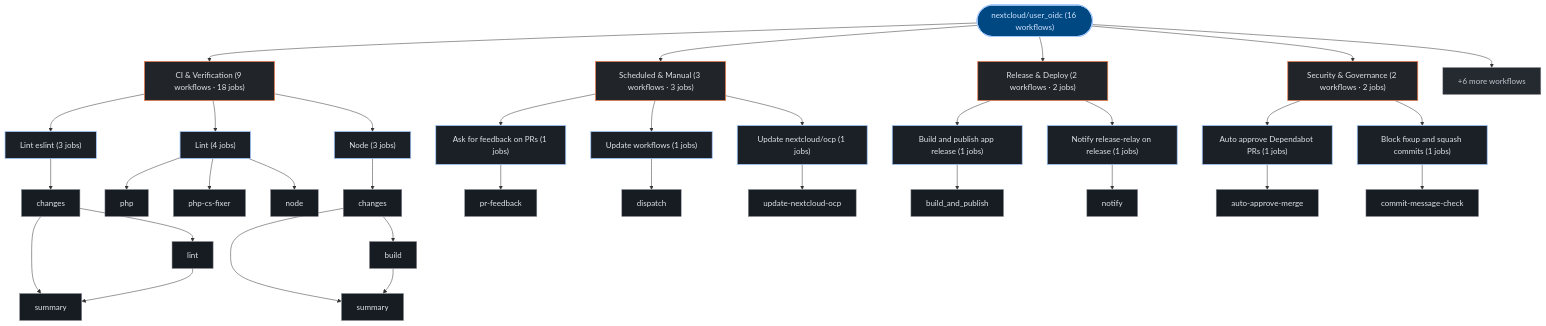
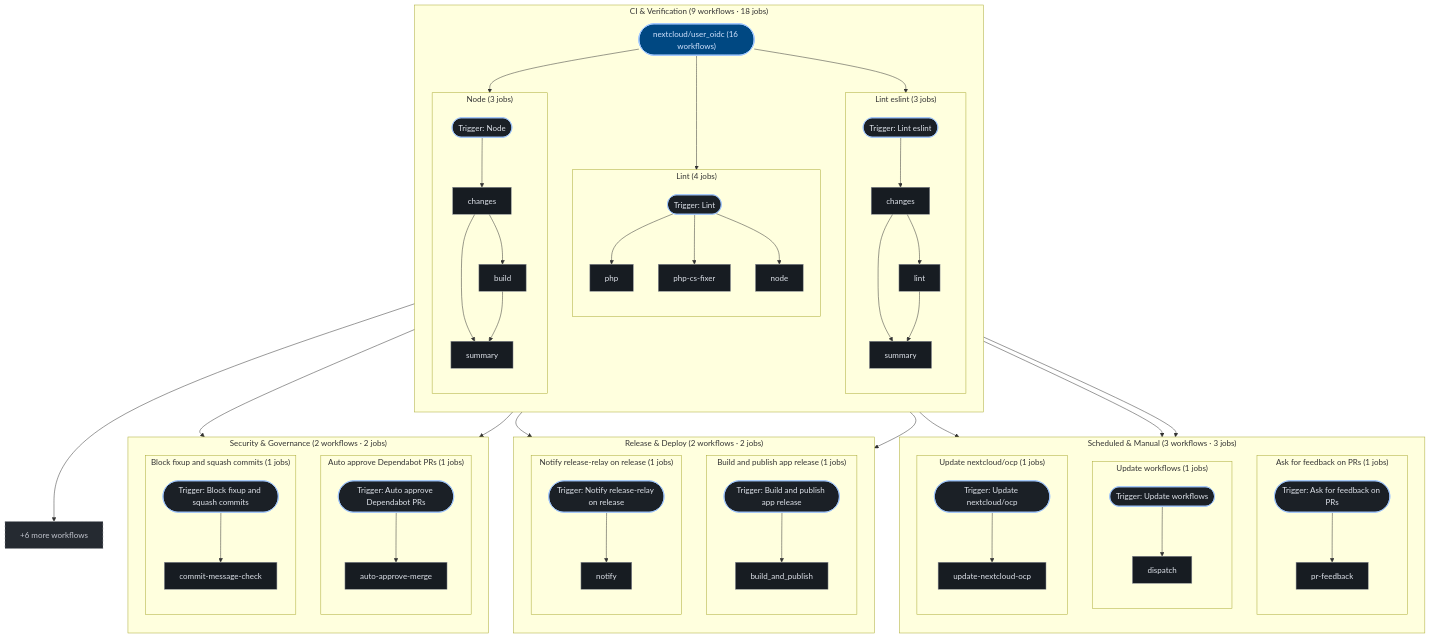
Before and after one commit to kumarshaz/atruss-code-atlas: the third of 3 diagrams in exports/latest/reports/nextcloud-user_oidc-report.md, drawn with Mermaid. The commit also changed 181 other files, not shown here.

````diff
--- a/exports/latest/reports/nextcloud-user_oidc-report.md
+++ b/exports/latest/reports/nextcloud-user_oidc-report.md
@@ -247,68 +247,102 @@
   classDef atlasAlert fill:#93000a,stroke:#ffb4ab,stroke-width:1.5px,color:#ffdad6
   classDef atlasMore fill:#252a31,stroke:#8d9199,stroke-dasharray:4 4,color:#c3c6cf
   pipeline_root(["nextcloud/user_oidc (16 workflows)"]):::atlasRoot
-  grp_0_CI___Verification["CI & Verification (9 workflows · 18 jobs)"]:::atlasCategory
-  pipeline_root --> grp_0_CI___Verification
-  wf_4_Lint_eslint["Lint eslint (3 jobs)"]:::atlasWorkflow
-  grp_0_CI___Verification --> wf_4_Lint_eslint
-  job_4_changes["changes"]:::atlasJob
-  job_4_lint["lint"]:::atlasJob
-  job_4_summary["summary"]:::atlasJob
-  wf_4_Lint_eslint --> job_4_changes
-  job_4_changes --> job_4_lint
-  job_4_changes --> job_4_summary
-  job_4_lint --> job_4_summary
-  wf_5_Lint["Lint (4 jobs)"]:::atlasWorkflow
-  grp_0_CI___Verification --> wf_5_Lint
-  job_5_php["php"]:::atlasJob
-  job_5_php_cs_fixer["php-cs-fixer"]:::atlasJob
-  job_5_node["node"]:::atlasJob
-  wf_5_Lint --> job_5_php
-  wf_5_Lint --> job_5_php_cs_fixer
-  wf_5_Lint --> job_5_node
-  wf_6_Node["Node (3 jobs)"]:::atlasWorkflow
-  grp_0_CI___Verification --> wf_6_Node
-  job_6_changes["changes"]:::atlasJob
-  job_6_build["build"]:::atlasJob
-  job_6_summary["summary"]:::atlasJob
-  wf_6_Node --> job_6_changes
-  job_6_changes --> job_6_build
-  job_6_changes --> job_6_summary
-  job_6_build --> job_6_summary
-  grp_1_Scheduled___Manual["Scheduled & Manual (3 workflows · 3 jobs)"]:::atlasCategory
-  pipeline_root --> grp_1_Scheduled___Manual
-  wf_9_Ask_for_feedback_on_PRs["Ask for feedback on PRs (1 jobs)"]:::atlasWorkflow
-  grp_1_Scheduled___Manual --> wf_9_Ask_for_feedback_on_PRs
-  job_9_pr_feedback["pr-feedback"]:::atlasJob
-  wf_9_Ask_for_feedback_on_PRs --> job_9_pr_feedback
-  wf_13_Update_workflows["Update workflows (1 jobs)"]:::atlasWorkflow
-  grp_1_Scheduled___Manual --> wf_13_Update_workflows
-  job_13_dispatch["dispatch"]:::atlasJob
-  wf_13_Update_workflows --> job_13_dispatch
-  wf_15_Update_nextcloud_ocp["Update nextcloud/ocp (1 jobs)"]:::atlasWorkflow
-  grp_1_Scheduled___Manual --> wf_15_Update_nextcloud_ocp
-  job_15_update_nextcloud_ocp["update-nextcloud-ocp"]:::atlasJob
-  wf_15_Update_nextcloud_ocp --> job_15_update_nextcloud_ocp
-  grp_2_Release___Deploy["Release & Deploy (2 workflows · 2 jobs)"]:::atlasCategory
-  pipeline_root --> grp_2_Release___Deploy
-  wf_0_Build_and_publish_app_release["Build and publish app release (1 jobs)"]:::atlasWorkflow
-  grp_2_Release___Deploy --> wf_0_Build_and_publish_app_release
-  job_0_build_and_publish["build_and_publish"]:::atlasJob
-  wf_0_Build_and_publish_app_release --> job_0_build_and_publish
-  wf_11_Notify_release_relay_on_release["Notify release-relay on release (1 jobs)"]:::atlasWorkflow
-  grp_2_Release___Deploy --> wf_11_Notify_release_relay_on_release
-  job_11_notify["notify"]:::atlasJob
-  wf_11_Notify_release_relay_on_release --> job_11_notify
-  grp_3_Security___Governance["Security & Governance (2 workflows · 2 jobs)"]:::atlasCategory
-  pipeline_root --> grp_3_Security___Governance
-  wf_1_Auto_approve_Dependabot_PRs["Auto approve Dependabot PRs (1 jobs)"]:::atlasWorkflow
-  grp_3_Security___Governance --> wf_1_Auto_approve_Dependabot_PRs
-  job_1_auto_approve_merge["auto-approve-merge"]:::atlasJob
-  wf_1_Auto_approve_Dependabot_PRs --> job_1_auto_approve_merge
-  wf_2_Block_fixup_and_squash_commits["Block fixup and squash commits (1 jobs)"]:::atlasWorkflow
-  grp_3_Security___Governance --> wf_2_Block_fixup_and_squash_commits
-  job_2_commit_message_check["commit-message-check"]:::atlasJob
-  wf_2_Block_fixup_and_squash_commits --> job_2_commit_message_check
+  subgraph sg_grp_0_CI___Verification["CI & Verification (9 workflows · 18 jobs)"]
+    direction TB
+    subgraph sg_wf_4_Lint_eslint["Lint eslint (3 jobs)"]
+      direction TB
+      wf_4_Lint_eslint(["Trigger: Lint eslint"]):::atlasWorkflow
+      job_4_changes["changes"]:::atlasJob
+      job_4_lint["lint"]:::atlasJob
+      job_4_summary["summary"]:::atlasJob
+      wf_4_Lint_eslint --> job_4_changes
+      job_4_changes --> job_4_lint
+      job_4_changes --> job_4_summary
+      job_4_lint --> job_4_summary
+    end
+    pipeline_root --> wf_4_Lint_eslint
+    subgraph sg_wf_5_Lint["Lint (4 jobs)"]
+      direction TB
+      wf_5_Lint(["Trigger: Lint"]):::atlasWorkflow
+      job_5_php["php"]:::atlasJob
+      job_5_php_cs_fixer["php-cs-fixer"]:::atlasJob
+      job_5_node["node"]:::atlasJob
+      wf_5_Lint --> job_5_php
+      wf_5_Lint --> job_5_php_cs_fixer
+      wf_5_Lint --> job_5_node
+    end
+    pipeline_root --> wf_5_Lint
+    subgraph sg_wf_6_Node["Node (3 jobs)"]
+      direction TB
+      wf_6_Node(["Trigger: Node"]):::atlasWorkflow
+      job_6_changes["changes"]:::atlasJob
+      job_6_build["build"]:::atlasJob
+      job_6_summary["summary"]:::atlasJob
+      wf_6_Node --> job_6_changes
+      job_6_changes --> job_6_build
+      job_6_changes --> job_6_summary
+      job_6_build --> job_6_summary
+    end
+    pipeline_root --> wf_6_Node
+  end
+  subgraph sg_grp_1_Scheduled___Manual["Scheduled & Manual (3 workflows · 3 jobs)"]
+    direction TB
+    subgraph sg_wf_9_Ask_for_feedback_on_PRs["Ask for feedback on PRs (1 jobs)"]
+      direction TB
+      wf_9_Ask_for_feedback_on_PRs(["Trigger: Ask for feedback on PRs"]):::atlasWorkflow
+      job_9_pr_feedback["pr-feedback"]:::atlasJob
+      wf_9_Ask_for_feedback_on_PRs --> job_9_pr_feedback
+    end
+    pipeline_root --> wf_9_Ask_for_feedback_on_PRs
+    subgraph sg_wf_13_Update_workflows["Update workflows (1 jobs)"]
+      direction TB
+      wf_13_Update_workflows(["Trigger: Update workflows"]):::atlasWorkflow
+      job_13_dispatch["dispatch"]:::atlasJob
+      wf_13_Update_workflows --> job_13_dispatch
+    end
+    pipeline_root --> wf_13_Update_workflows
+    subgraph sg_wf_15_Update_nextcloud_ocp["Update nextcloud/ocp (1 jobs)"]
+      direction TB
+      wf_15_Update_nextcloud_ocp(["Trigger: Update nextcloud/ocp"]):::atlasWorkflow
+      job_15_update_nextcloud_ocp["update-nextcloud-ocp"]:::atlasJob
+      wf_15_Update_nextcloud_ocp --> job_15_update_nextcloud_ocp
+    end
+    pipeline_root --> wf_15_Update_nextcloud_ocp
+  end
+  subgraph sg_grp_2_Release___Deploy["Release & Deploy (2 workflows · 2 jobs)"]
+    direction TB
+    subgraph sg_wf_0_Build_and_publish_app_release["Build and publish app release (1 jobs)"]
+      direction TB
+      wf_0_Build_and_publish_app_release(["Trigger: Build and publish app release"]):::atlasWorkflow
+      job_0_build_and_publish["build_and_publish"]:::atlasJob
+      wf_0_Build_and_publish_app_release --> job_0_build_and_publish
+    end
+    pipeline_root --> wf_0_Build_and_publish_app_release
+    subgraph sg_wf_11_Notify_release_relay_on_release["Notify release-relay on release (1 jobs)"]
+      direction TB
+      wf_11_Notify_release_relay_on_release(["Trigger: Notify release-relay on release"]):::atlasWorkflow
+      job_11_notify["notify"]:::atlasJob
+      wf_11_Notify_release_relay_on_release --> job_11_notify
+    end
+    pipeline_root --> wf_11_Notify_release_relay_on_release
+  end
+  subgraph sg_grp_3_Security___Governance["Security & Governance (2 workflows · 2 jobs)"]
+    direction TB
+    subgraph sg_wf_1_Auto_approve_Dependabot_PRs["Auto approve Dependabot PRs (1 jobs)"]
+      direction TB
+      wf_1_Auto_approve_Dependabot_PRs(["Trigger: Auto approve Dependabot PRs"]):::atlasWorkflow
+      job_1_auto_approve_merge["auto-approve-merge"]:::atlasJob
+      wf_1_Auto_approve_Dependabot_PRs --> job_1_auto_approve_merge
+    end
+    pipeline_root --> wf_1_Auto_approve_Dependabot_PRs
+    subgraph sg_wf_2_Block_fixup_and_squash_commits["Block fixup and squash commits (1 jobs)"]
+      direction TB
+      wf_2_Block_fixup_and_squash_commits(["Trigger: Block fixup and squash commits"]):::atlasWorkflow
+      job_2_commit_message_check["commit-message-check"]:::atlasJob
+      wf_2_Block_fixup_and_squash_commits --> job_2_commit_message_check
+    end
+    pipeline_root --> wf_2_Block_fixup_and_squash_commits
+  end
   wf_more["+6 more workflows"]:::atlasMore
   pipeline_root --> wf_more
 ```
````
